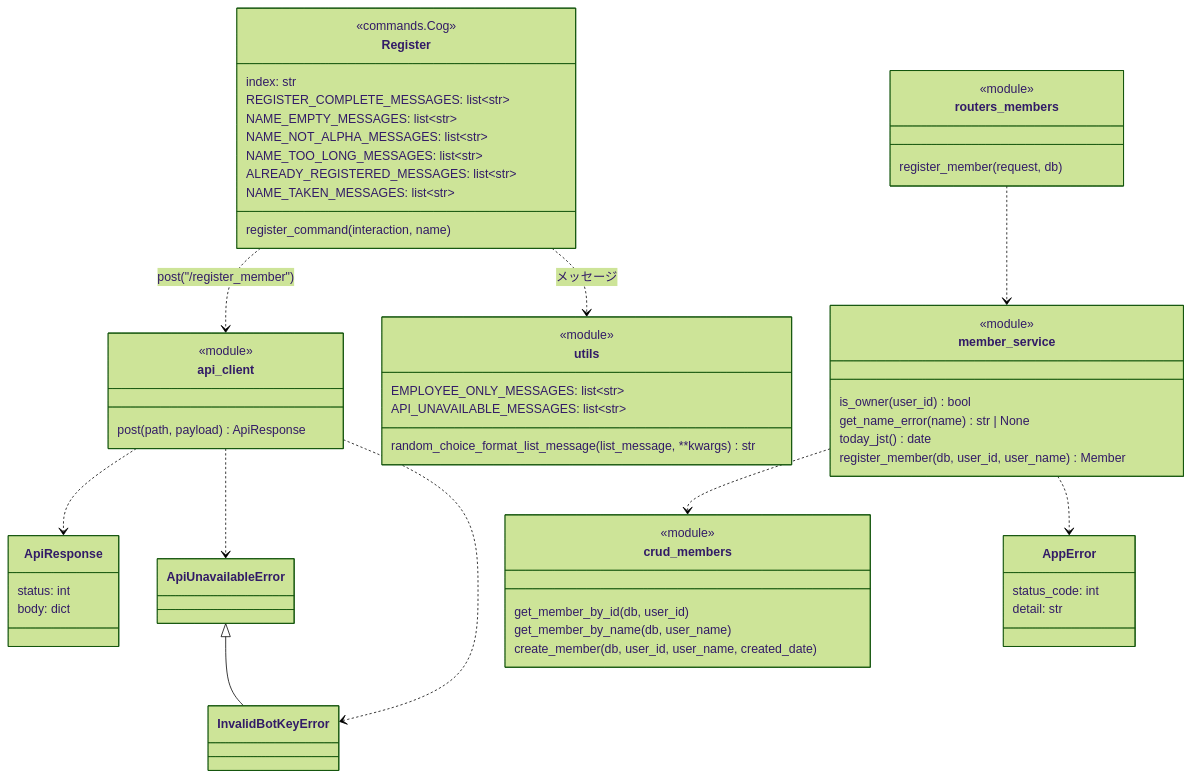
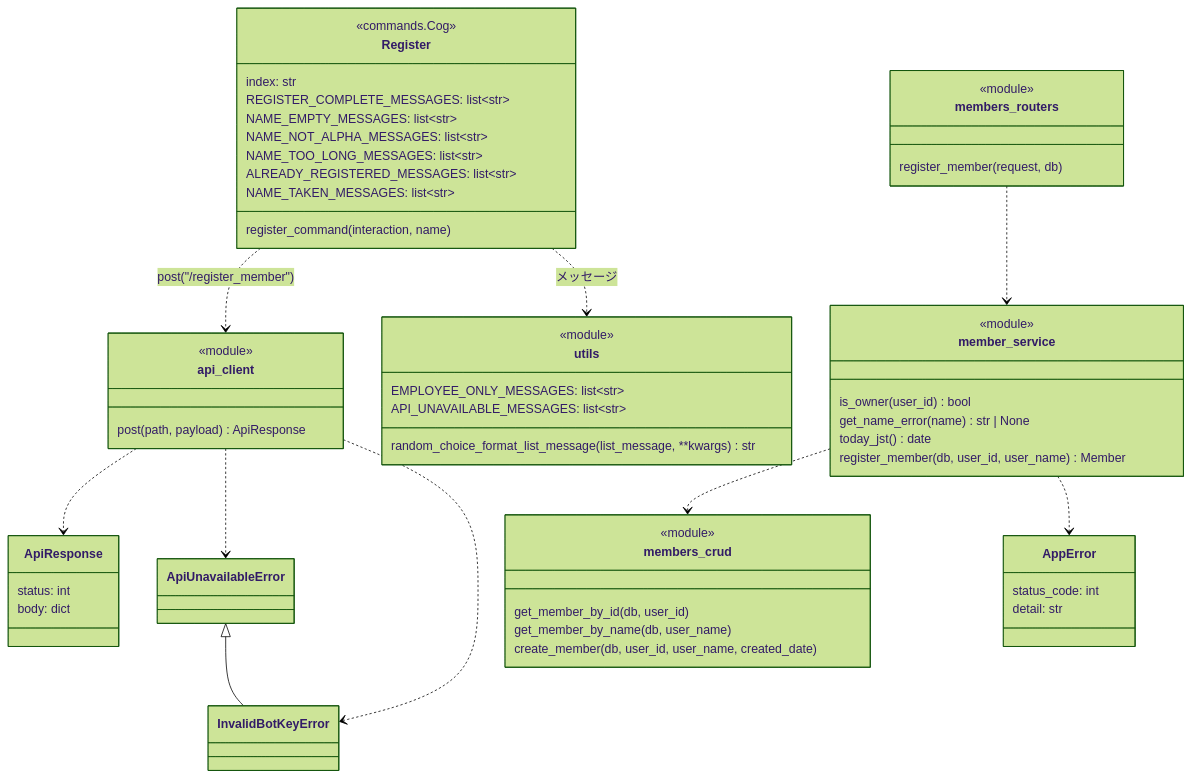
The second of 2 diagrams in docs/attendance_requirements_and_design/command_detailed_designs/register_detailed_design.md (rabin0630/DiscordWorkLogger), drawn with Mermaid (forest theme) before and after one commit. The commit also changed other lines of this file and 7 other files, not shown here.

````diff
--- a/docs/attendance_requirements_and_design/command_detailed_designs/register_detailed_design.md
+++ b/docs/attendance_requirements_and_design/command_detailed_designs/register_detailed_design.md
@@ -629,61 +629,61 @@
 ```mermaid
 classDiagram
     class Register {
         <<commands.Cog>>
         index: str
         REGISTER_COMPLETE_MESSAGES: list~str~
         NAME_EMPTY_MESSAGES: list~str~
         NAME_NOT_ALPHA_MESSAGES: list~str~
         NAME_TOO_LONG_MESSAGES: list~str~
         ALREADY_REGISTERED_MESSAGES: list~str~
         NAME_TAKEN_MESSAGES: list~str~
         register_command(interaction, name)
     }
     class api_client {
         <<module>>
         post(path, payload) ApiResponse
     }
     class utils {
         <<module>>
         EMPLOYEE_ONLY_MESSAGES: list~str~
         API_UNAVAILABLE_MESSAGES: list~str~
         random_choice_format_list_message(list_message, **kwargs) str
     }
     class ApiResponse {
         status: int
         body: dict
     }
     class ApiUnavailableError
     class InvalidBotKeyError
     ApiUnavailableError <|-- InvalidBotKeyError
     Register ..> api_client : post("/register_member")
     Register ..> utils : メッセージ
     api_client ..> ApiResponse
     api_client ..> ApiUnavailableError
     api_client ..> InvalidBotKeyError
 
-    class routers_members {
+    class members_routers {
         <<module>>
         register_member(request, db)
     }
     class member_service {
         <<module>>
         is_owner(user_id) bool
         get_name_error(name) str | None
         today_jst() date
         register_member(db, user_id, user_name) Member
     }
-    class crud_members {
+    class members_crud {
         <<module>>
         get_member_by_id(db, user_id)
         get_member_by_name(db, user_name)
         create_member(db, user_id, user_name, created_date)
     }
     class AppError {
         status_code: int
         detail: str
     }
-    routers_members ..> member_service
-    member_service ..> crud_members
+    members_routers ..> member_service
+    member_service ..> members_crud
     member_service ..> AppError
 ```
````
